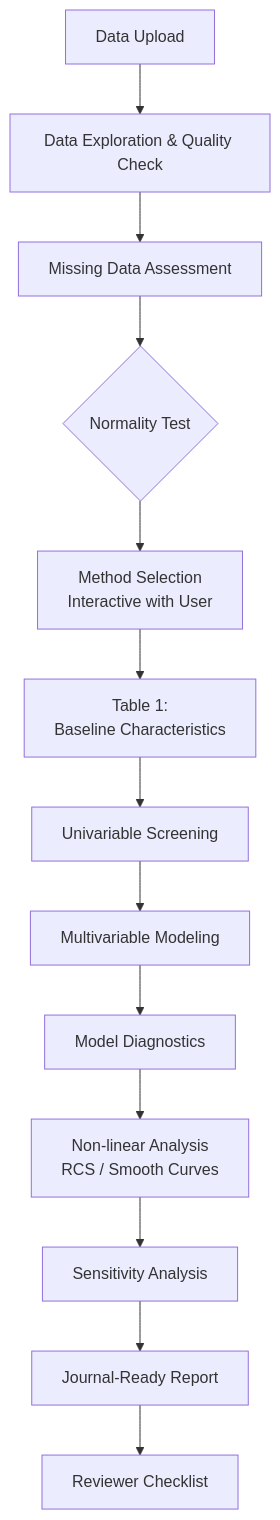
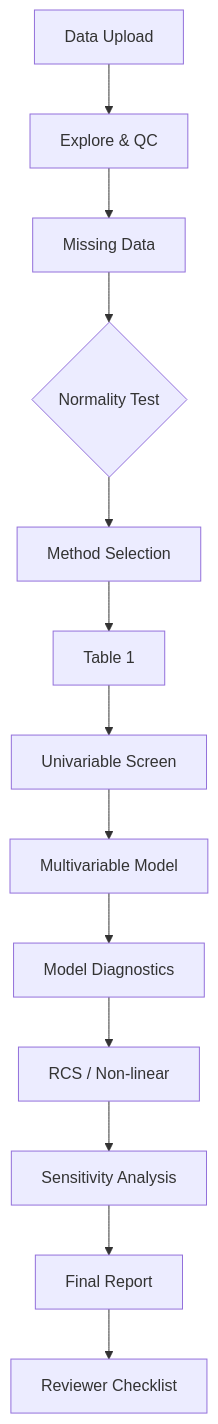
Before and after one commit to ablikimeli/claude-medical-stats: the first of 2 diagrams in README.md, drawn with Mermaid. The commit also changed other lines of this file, not shown here.

Commit message:
fix: shorten mermaid labels to prevent truncation, add Chinese flowchart

````diff
--- a/README.md
+++ b/README.md
@@ -78,15 +78,15 @@
 ```mermaid
 graph TD
-    A[Data Upload] --> B[Data Exploration & Quality Check]
-    B --> C[Missing Data Assessment]
+    A[Data Upload] --> B[Explore & QC]
+    B --> C[Missing Data]
     C --> D{Normality Test}
-    D --> E[Method Selection<br/>Interactive with User]
-    E --> F[Table 1:<br/>Baseline Characteristics]
-    F --> G[Univariable Screening]
-    G --> H[Multivariable Modeling]
+    D --> E[Method Selection]
+    E --> F[Table 1]
+    F --> G[Univariable Screen]
+    G --> H[Multivariable Model]
     H --> I[Model Diagnostics]
-    I --> J[Non-linear Analysis<br/>RCS / Smooth Curves]
+    I --> J[RCS / Non-linear]
     J --> K[Sensitivity Analysis]
-    K --> L[Journal-Ready Report]
+    K --> L[Final Report]
     L --> M[Reviewer Checklist]
 ```
````
